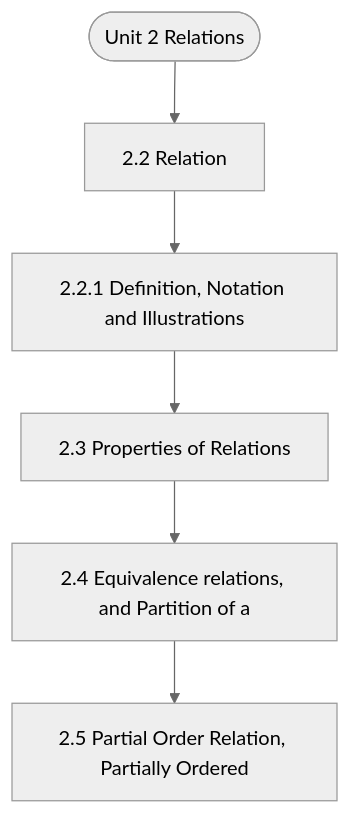
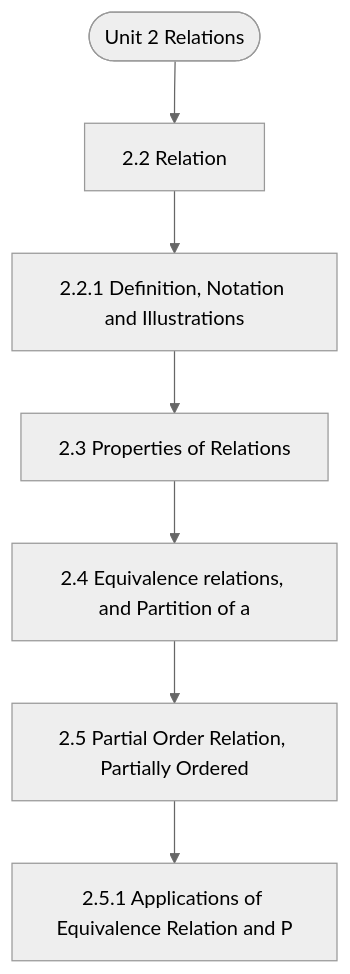
Before and after one commit to Asutosh-Coaching/mscdsa: the diagram in notes/Semester_1/MCS-061_Mathematical_Foundations_-_I/unit_02_Relations.md, drawn with Mermaid (neutral theme). The commit also changed other lines of this file and 116 other files, not shown here.

````diff
--- a/notes/Semester_1/MCS-061_Mathematical_Foundations_-_I/unit_02_Relations.md
+++ b/notes/Semester_1/MCS-061_Mathematical_Foundations_-_I/unit_02_Relations.md
@@ -19,14 +19,16 @@
 ```mermaid
 flowchart TD
   Start(["Unit 2 Relations"])
   N1["2.2 Relation"]
   N2["2.2.1 Definition, Notation and Illustrations"]
   N3["2.3 Properties of Relations"]
   N4["2.4 Equivalence relations, and Partition of a "]
   N5["2.5 Partial Order Relation, Partially Ordered "]
+  N6["2.5.1 Applications of Equivalence Relation and P"]
   Start --> N1
   N1 --> N2
   N2 --> N3
   N3 --> N4
   N4 --> N5
+  N5 --> N6
 ```
````
